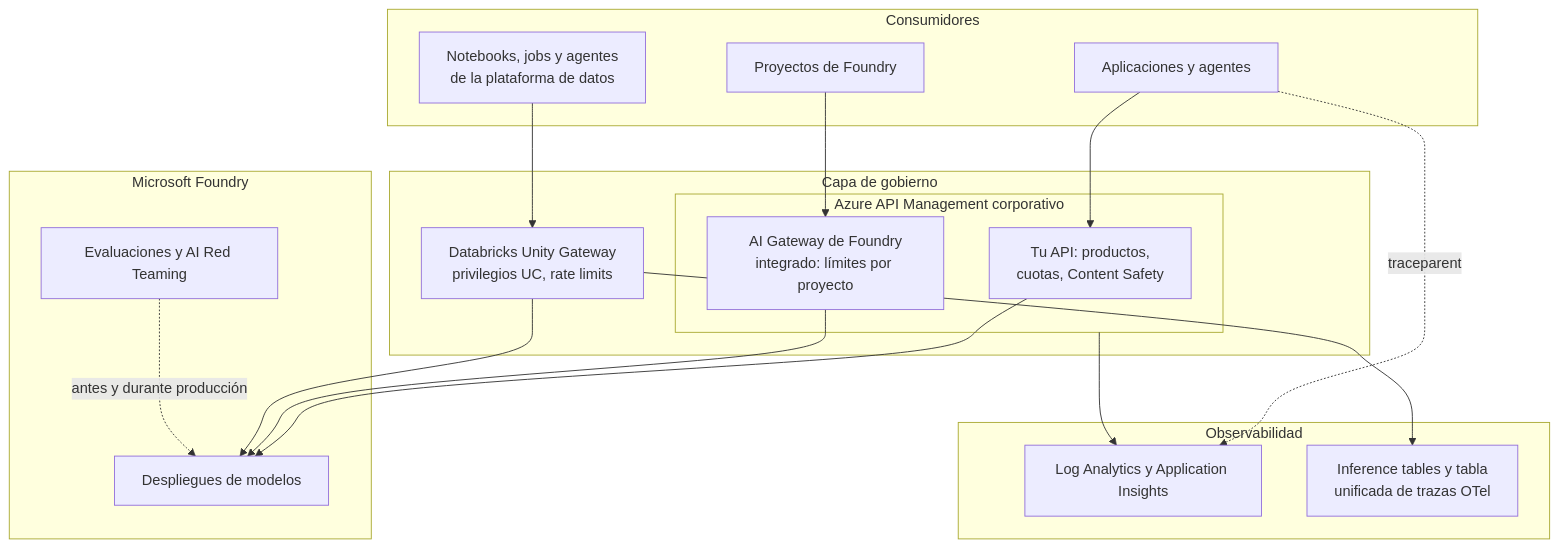
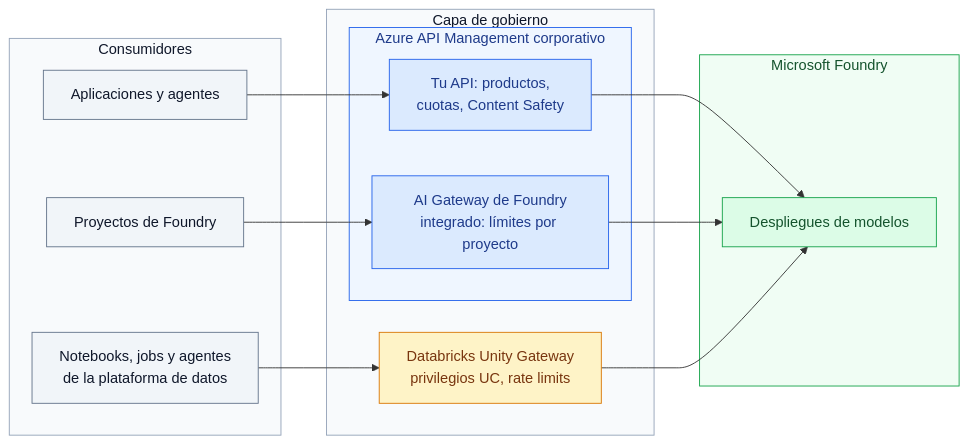
Before and after one commit to rliberoff/workshop-governed-ai-gateways: the first of 2 diagrams in docs/02-arquitectura-integrada.md, drawn with Mermaid. The commit also changed other lines of this file and 2 other files, not shown here.

Commit message:
Update APM lockfile version and enhance documentation with new AI gateway concepts and deployment instructions

````diff
--- a/docs/02-arquitectura-integrada.md
+++ b/docs/02-arquitectura-integrada.md
@@ -7,34 +9,37 @@
 ```mermaid
-flowchart TB
+flowchart LR
     subgraph consumers["Consumidores"]
         app["Aplicaciones y agentes"]
         fapp["Proyectos de Foundry"]
         data["Notebooks, jobs y agentes<br/>de la plataforma de datos"]
     end
 
     subgraph gateways["Capa de gobierno"]
         subgraph apim["Azure API Management corporativo"]
             api["Tu API: productos,<br/>cuotas, Content Safety"]
             fgw["AI Gateway de Foundry<br/>integrado: límites por proyecto"]
         end
         ugw["Databricks Unity Gateway<br/>privilegios UC, rate limits"]
     end
 
     subgraph platform["Microsoft Foundry"]
         model["Despliegues de modelos"]
-        quality["Evaluaciones y AI Red Teaming"]
-    end
-
-    subgraph observability["Observabilidad"]
-        azmon["Log Analytics y Application Insights"]
-        uctrace["Inference tables y tabla<br/>unificada de trazas OTel"]
     end
 
     app --> api --> model
     fapp --> fgw --> model
     data --> ugw --> model
-    apim --> azmon
-    ugw --> uctrace
-    app -. "traceparent" .-> azmon
-    quality -. "antes y durante producción" .-> model
+
+    classDef consumer fill:#f1f5f9,stroke:#64748b,color:#0f172a
+    classDef azureGateway fill:#dbeafe,stroke:#2563eb,color:#1e3a8a
+    classDef unityGateway fill:#fef3c7,stroke:#d97706,color:#78350f
+    classDef foundry fill:#dcfce7,stroke:#16a34a,color:#14532d
+    class app,fapp,data consumer
+    class api,fgw azureGateway
+    class ugw unityGateway
+    class model foundry
+    style consumers fill:#f8fafc,stroke:#94a3b8,color:#0f172a
+    style gateways fill:#f8fafc,stroke:#94a3b8,color:#0f172a
+    style apim fill:#eff6ff,stroke:#2563eb,color:#1e3a8a
+    style platform fill:#f0fdf4,stroke:#16a34a,color:#14532d
 ```
````
